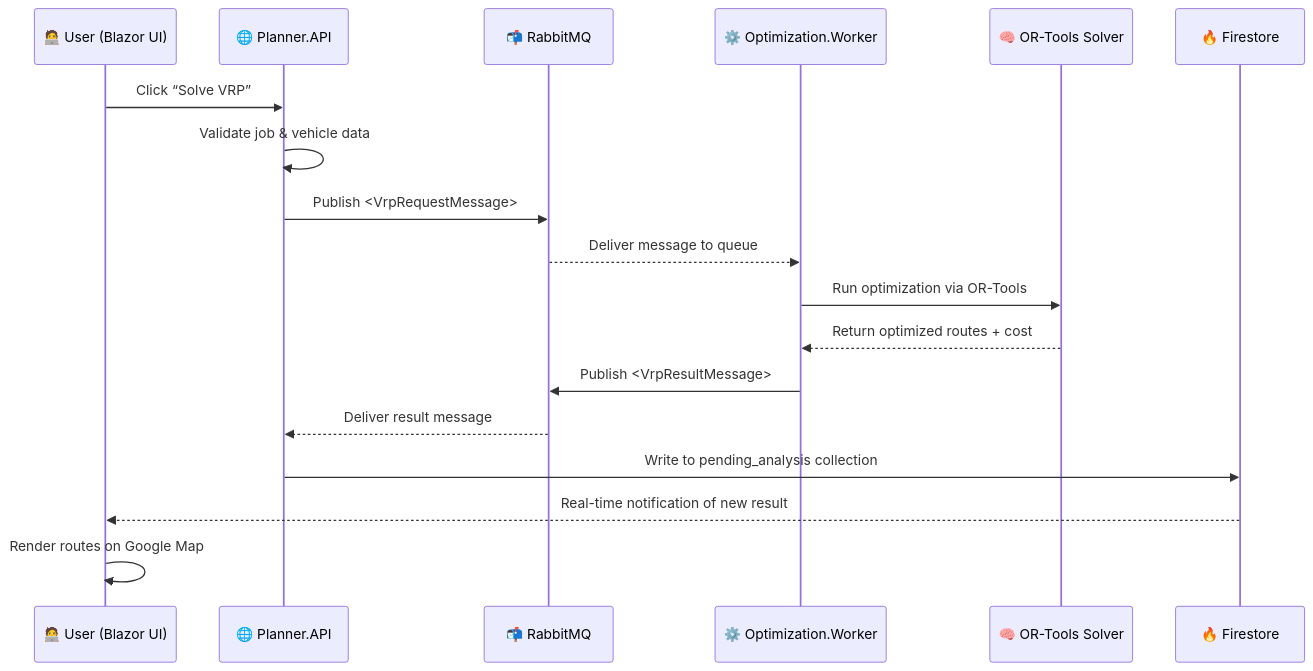
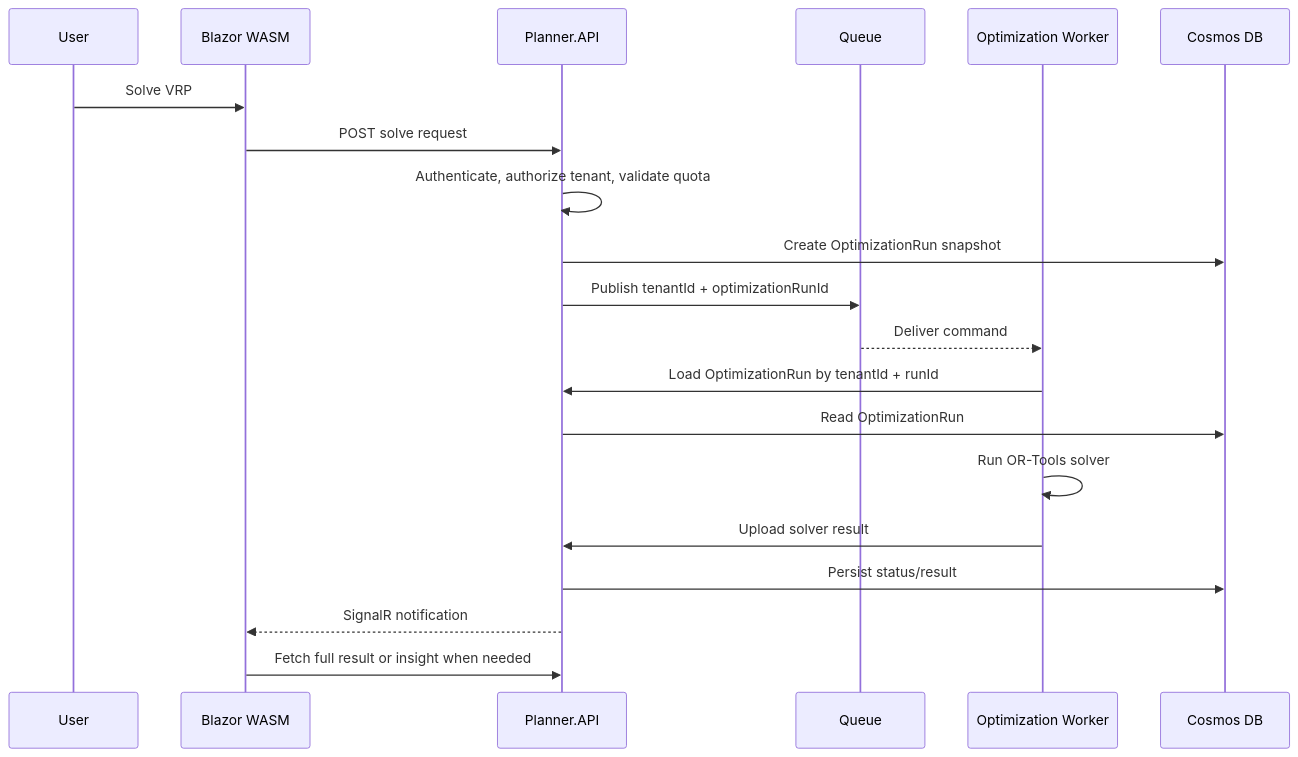
The second of 2 diagrams in docs/README.md (stephen-wu-chaohui/Planner), drawn with Mermaid before and after one commit. The commit also changed other lines of this file and 91 other files, not shown here.

Commit message:
feat: migrate planner to wasm and service bus path

````diff
--- a/docs/README.md
+++ b/docs/README.md
@@ -66,20 +22,23 @@
 ```mermaid
 sequenceDiagram
-    participant U as 🧑‍💻 User (Blazor UI)
-    participant B as 🌐 Planner.API
-    participant Q as 📬 RabbitMQ
-    participant W as ⚙️ Optimization.Worker
-    participant O as 🧠 OR-Tools Solver
-    participant F as 🔥 Firestore
-    U->>B: Click “Solve VRP”
-    B->>B: Validate job & vehicle data
-    B->>Q: Publish <VrpRequestMessage>
-    Q-->>W: Deliver message to queue
-    W->>O: Run optimization via OR-Tools
-    O-->>W: Return optimized routes + cost
-    W->>Q: Publish <VrpResultMessage>
-    Q-->>B: Deliver result message
-    B->>F: Write to pending_analysis collection
-    F-->>U: Real-time notification of new result
-    U->>U: Render routes on Google Map
+    participant U as User
+    participant B as Blazor WASM
+    participant A as Planner.API
+    participant Q as Queue
+    participant W as Optimization Worker
+    participant C as Cosmos DB
+
+    U->>B: Solve VRP
+    B->>A: POST solve request
+    A->>A: Authenticate, authorize tenant, validate quota
+    A->>C: Create OptimizationRun snapshot
+    A->>Q: Publish tenantId + optimizationRunId
+    Q-->>W: Deliver command
+    W->>A: Load OptimizationRun by tenantId + runId
+    A->>C: Read OptimizationRun
+    W->>W: Run OR-Tools solver
+    W->>A: Upload solver result
+    A->>C: Persist status/result
+    A-->>B: SignalR notification
+    B->>A: Fetch full result or insight when needed
 ```
````
